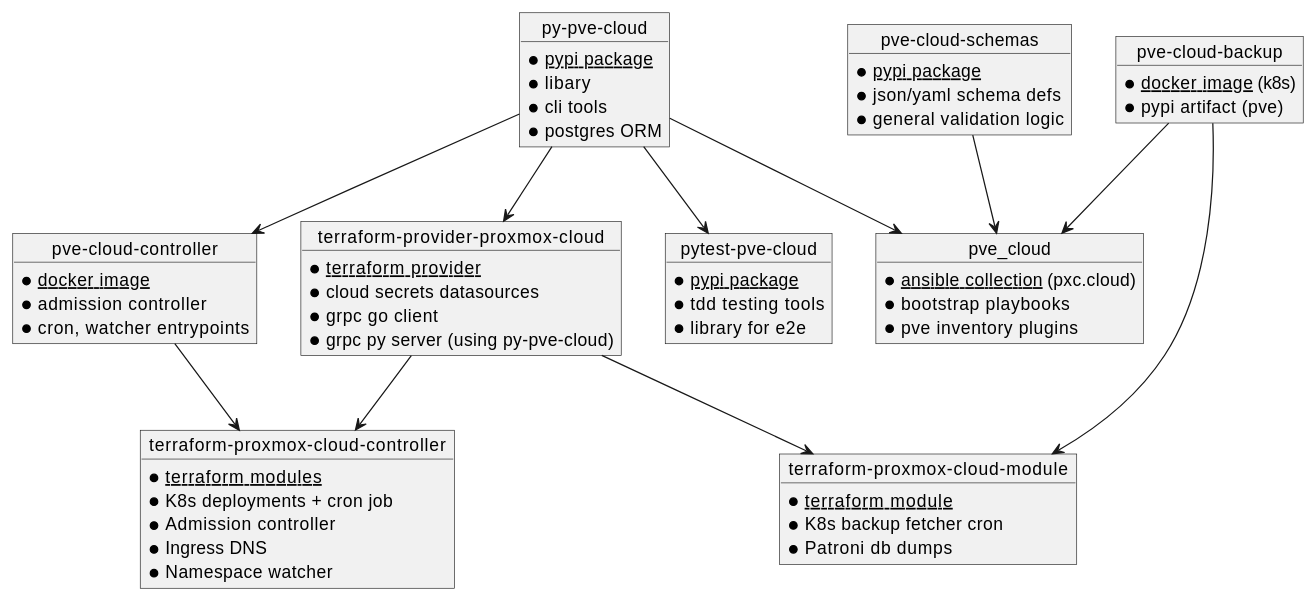
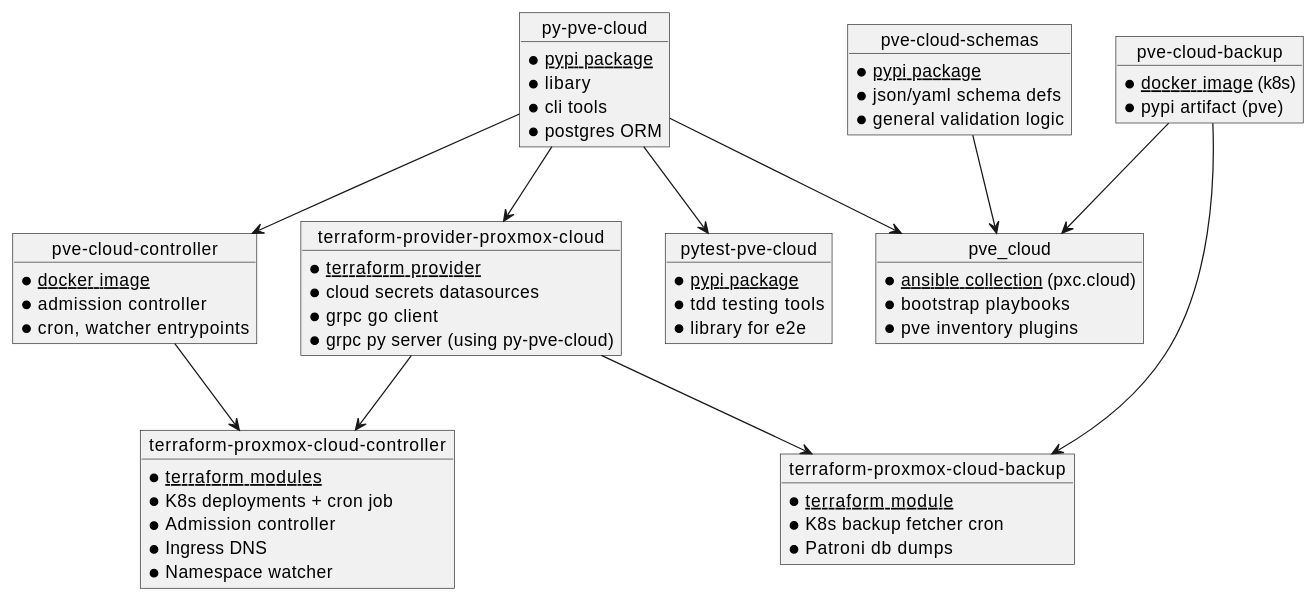
Before and after one commit to Proxmox-Cloud/pve_cloud: the diagram in docs/index.md, drawn with PlantUML.

````diff
--- a/docs/index.md
+++ b/docs/index.md
@@ -24,82 +24,82 @@
 ```puml
 @startuml
 
 ' Top-down hierarchy
 top to bottom direction
 
 ' Define objects instead of packages
 object "py-pve-cloud" as py_pve_cloud {
    * <u>pypi package</u>
    * libary
    * cli tools
    * postgres ORM
 }
 
 
 object "terraform-provider-proxmox-cloud" as terraform_provider {
   * <u>terraform provider</u>
   * cloud secrets datasources
   * grpc go client
   * grpc py server (using py-pve-cloud)
 }
 
 object "terraform-proxmox-cloud-controller" as controller_module {
   * <u>terraform modules</u>
   * K8s deployments + cron job
   * Admission controller
   * Ingress DNS
   * Namespace watcher
 }
 
-object "terraform-proxmox-cloud-module" as backup_module {
+object "terraform-proxmox-cloud-backup" as backup_module {
   * <u>terraform module</u>
   * K8s backup fetcher cron
   * Patroni db dumps
 }
 
 object "pve-cloud-controller" as controller_image {
   * <u>docker image</u>
   * admission controller
   * cron, watcher entrypoints
 }
 
 object "pve-cloud-backup" as backup_image {
   * <u>docker image</u> (k8s)
   * pypi artifact (pve)
 }
 
 object "pve_cloud" as cloud_collection {
   * <u>ansible collection</u> (pxc.cloud)
   * bootstrap playbooks
   * pve inventory plugins
 }
 
 object "pve-cloud-schemas" as cloud_schemas {
   * <u>pypi package</u>
   * json/yaml schema defs
   * general validation logic
 }
 
 object "pytest-pve-cloud" as pytest_pve_cloud {
   * <u>pypi package</u>
   * tdd testing tools
   * library for e2e
 }
 
 ' Define edges (dependencies)
 py_pve_cloud --> cloud_collection
 py_pve_cloud --> controller_image
 py_pve_cloud --> pytest_pve_cloud
 py_pve_cloud --> terraform_provider
 
 terraform_provider --> controller_module
 terraform_provider --> backup_module
 
 controller_image --> controller_module
 backup_image --> backup_module
 backup_image --> cloud_collection
 
 cloud_schemas --> cloud_collection
 
 @enduml
 ```
````
